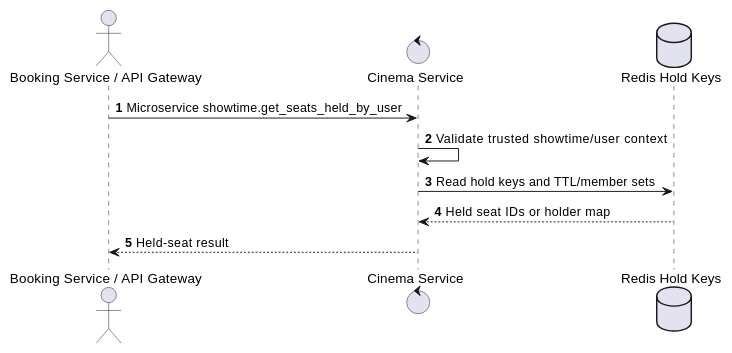
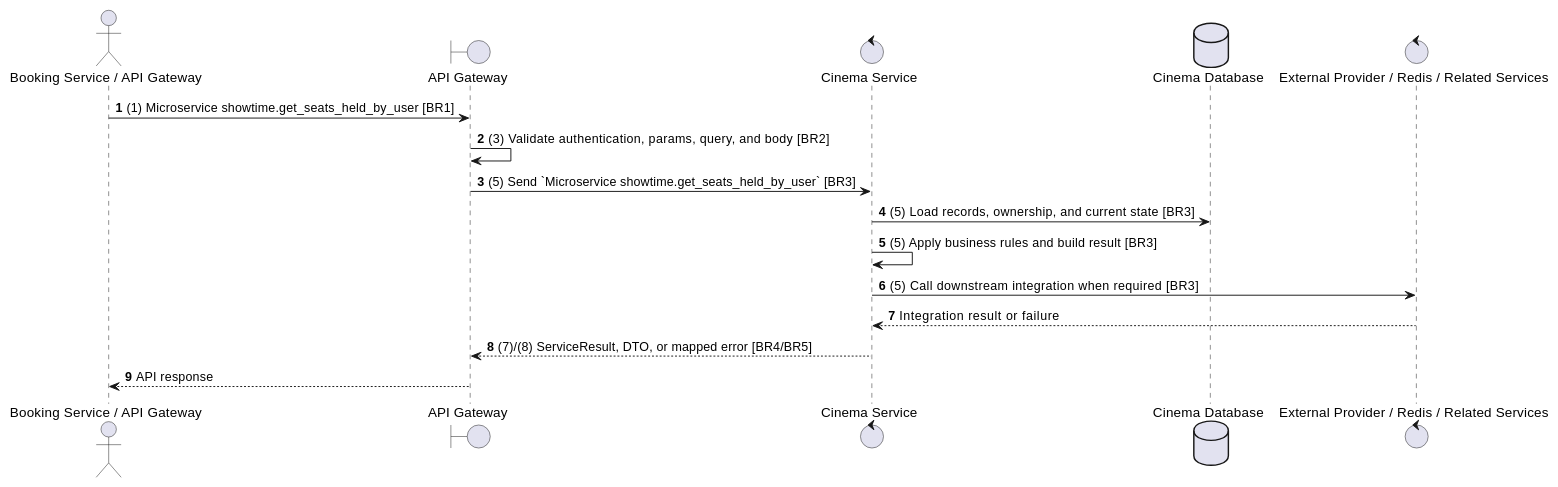
The second of 2 diagrams in docs/functional_specs/3.5.3_Real-time_Seat_Selection/RT-06_Get_User_Held_Seats.md (Tanh1603/movie-hub-architecture), drawn with PlantUML before and after one commit. The commit also changed other lines of this file and 129 other files, not shown here.

````diff
--- a/docs/functional_specs/3.5.3_Real-time_Seat_Selection/RT-06_Get_User_Held_Seats.md
+++ b/docs/functional_specs/3.5.3_Real-time_Seat_Selection/RT-06_Get_User_Held_Seats.md
@@ -17,14 +64,20 @@
 ```plantuml
 @startuml
 autonumber
 actor "Booking Service / API Gateway" as Actor
+boundary "API Gateway" as GW
 control "Cinema Service" as SVC
-database "Redis Hold Keys" as Hold
+database "Cinema Database" as DB
+control "External Provider / Redis / Related Services" as EXT
 
-Actor -> SVC: Microservice showtime.get_seats_held_by_user
-SVC -> SVC: Validate trusted showtime/user context
-SVC -> Hold: Read hold keys and TTL/member sets
-Hold --> SVC: Held seat IDs or holder map
-SVC --> Actor: Held-seat result
+Actor -> GW: (1) Microservice showtime.get_seats_held_by_user [BR1]
+GW -> GW: (3) Validate authentication, params, query, and body [BR2]
+GW -> SVC: (5) Send `Microservice showtime.get_seats_held_by_user` [BR3]
+SVC -> DB: (5) Load records, ownership, and current state [BR3]
+SVC -> SVC: (5) Apply business rules and build result [BR3]
+SVC -> EXT: (5) Call downstream integration when required [BR3]
+EXT --> SVC: Integration result or failure
+SVC --> GW: (7)/(8) ServiceResult, DTO, or mapped error [BR4/BR5]
+GW --> Actor: API response
 @enduml
 ```
````
